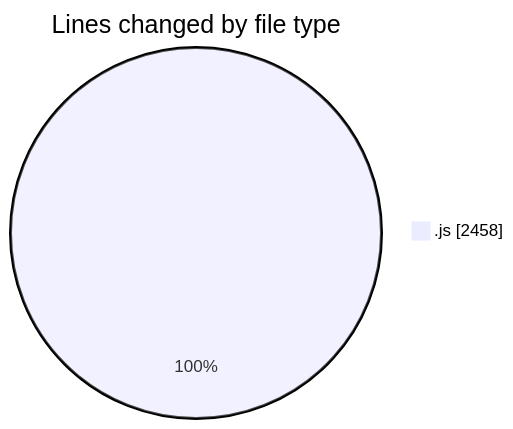
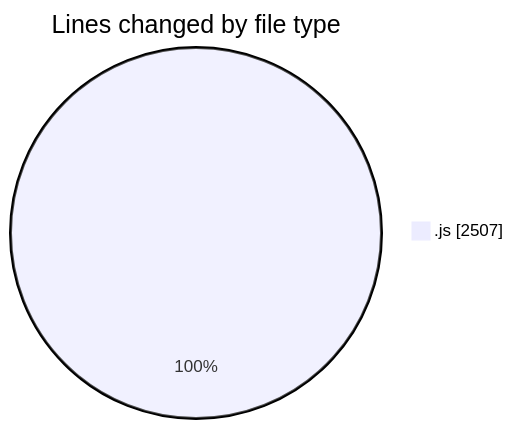
Before and after one commit to Ritupan-Deka/code-tracking: the first of 2 diagrams in 2025-08-04/javascript/README.md, drawn with Mermaid. The commit also changed other lines of this file and 1 other file, not shown here.

````diff
--- a/2025-08-04/javascript/README.md
+++ b/2025-08-04/javascript/README.md
@@ -24,5 +24,5 @@
 ```mermaid
 pie showData
 title Lines changed by file type
-".js" : 2458
+".js" : 2507
 ```
````
